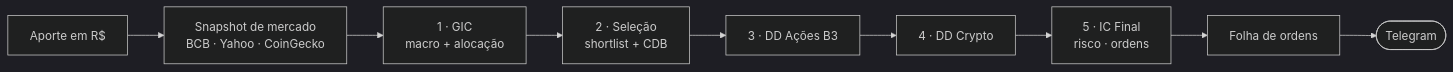
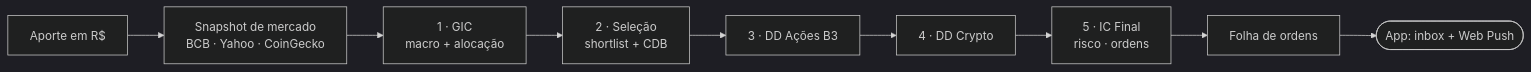
One commit to Appa019/assay changed the diagram in README.md. Above: the diagram before and after it, drawn with Mermaid (dark theme). The commit also changed other lines of this file and 11 other files, not shown here.

First line of the commit message:
docs: describe the app without the Telegram bot

````diff
--- a/README.md
+++ b/README.md
@@ -45,11 +45,11 @@
 ```mermaid
 flowchart LR
     A["Aporte em R$"] --> B["Snapshot de mercado<br/>BCB · Yahoo · CoinGecko"]
     B --> C["1 · GIC<br/>macro + alocação"]
     C --> D["2 · Seleção<br/>shortlist + CDB"]
     D --> E["3 · DD Ações B3"]
     E --> F["4 · DD Crypto"]
     F --> G["5 · IC Final<br/>risco · ordens"]
     G --> H["Folha de ordens"]
-    H --> I(["Telegram"])
+    H --> I(["App: inbox + Web Push"])
 ```
````
